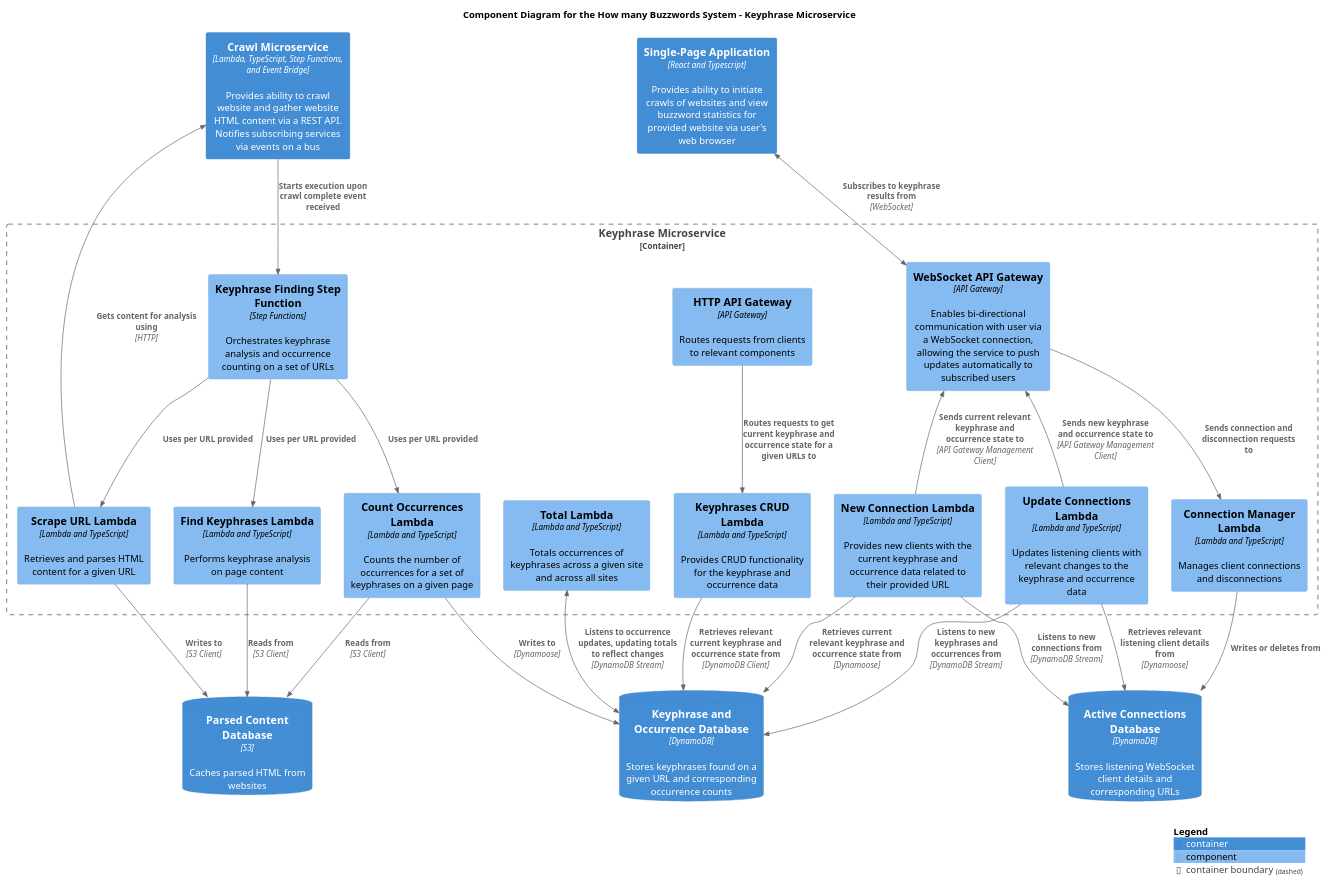
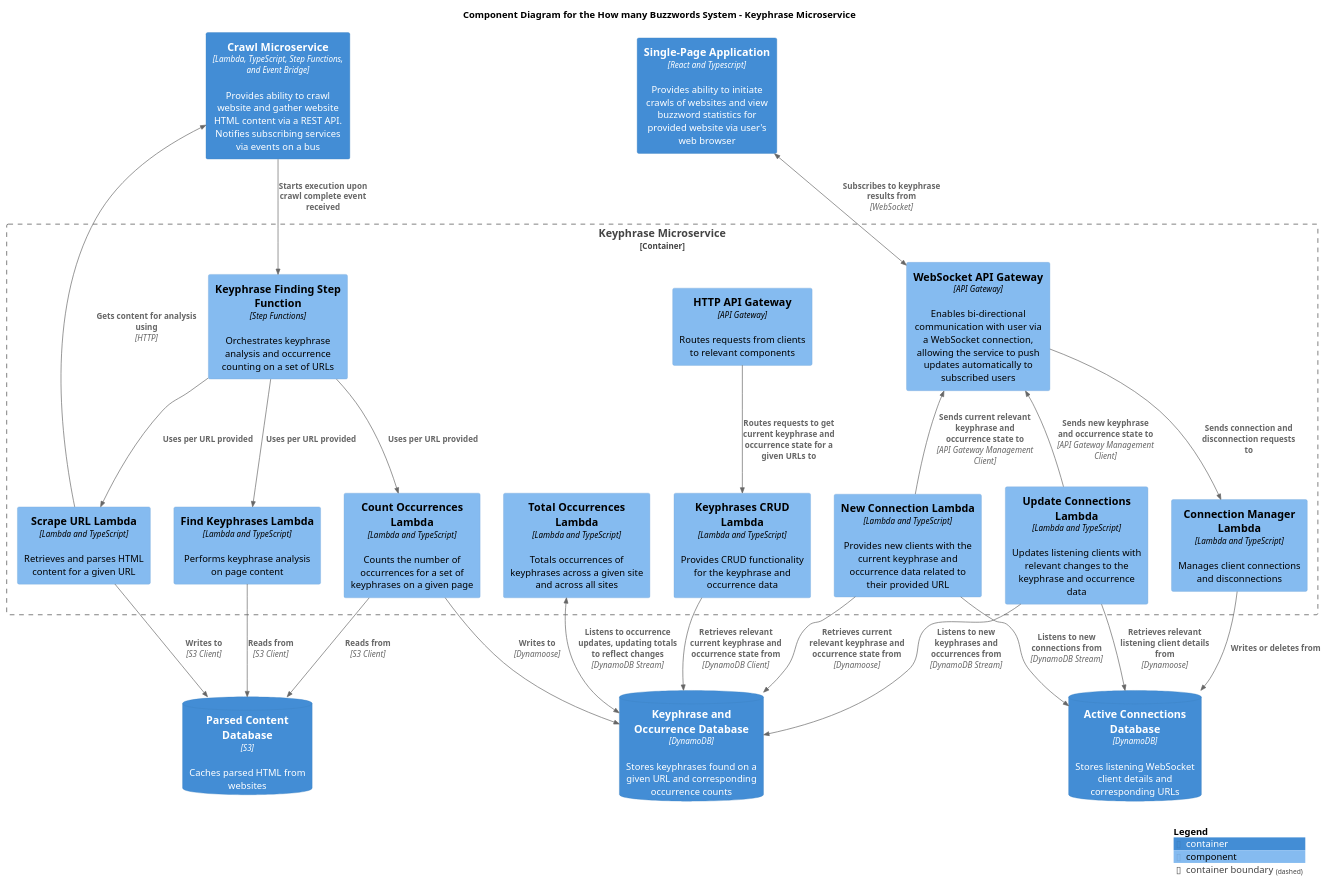
One commit to ashley-evans/how-many-buzzwords changed the diagram in docs/c4-diagrams/buzzword-c4-component-keyphrase-microservice.puml. Above: the diagram before and after it, drawn with PlantUML.

Commit message:
Update keyphrase service compone diagram to match total lambda name with code

```diff
--- a/docs/c4-diagrams/buzzword-c4-component-keyphrase-microservice.puml
+++ b/docs/c4-diagrams/buzzword-c4-component-keyphrase-microservice.puml
@@ -1,67 +1,67 @@
 @startuml Buzzword C4 Component Diagram
 
 !include https://raw.githubusercontent.com/plantuml-stdlib/C4-PlantUML/master/C4_Component.puml
 
 title Component Diagram for the How many Buzzwords System - Keyphrase Microservice
 
 Container(single_page_application, "Single-Page Application", "React and Typescript", $descr="Provides ability to initiate crawls of websites and view buzzword statistics for provided website via user's web browser")
 Container(crawl_microservice, "Crawl Microservice", "Lambda, TypeScript, Step Functions, and Event Bridge", $descr="Provides ability to crawl website and gather website HTML content via a REST API. Notifies subscribing services via events on a bus")
 
 Container_Boundary(keyphrase_microservice_boundary, "Keyphrase Microservice") {
     Component(http_api_gateway, "HTTP API Gateway", "API Gateway", "Routes requests from clients to relevant components")
     Component(ws_api_gateway, "WebSocket API Gateway", "API Gateway", "Enables bi-directional communication with user via a WebSocket connection, allowing the service to push updates automatically to subscribed users")
     Component(step_function, "Keyphrase Finding Step Function", "Step Functions", "Orchestrates keyphrase analysis and occurrence counting on a set of URLs")
     Component(scrape_url_lambda, "Scrape URL Lambda", "Lambda and TypeScript", "Retrieves and parses HTML content for a given URL")
     Component(find_keyphrases_lambda, "Find Keyphrases Lambda", "Lambda and TypeScript", "Performs keyphrase analysis on page content")
     Component(count_occurrences_lambda, "Count Occurrences Lambda", "Lambda and TypeScript", "Counts the number of occurrences for a set of keyphrases on a given page")
     Component(crud_lambda, "Keyphrases CRUD Lambda", "Lambda and TypeScript", "Provides CRUD functionality for the keyphrase and occurrence data")
-    Component(total_lambda, "Total Lambda", "Lambda and TypeScript", "Totals occurrences of keyphrases across a given site and across all sites")
+    Component(total_occurrences_lambda, "Total Occurrences Lambda", "Lambda and TypeScript", "Totals occurrences of keyphrases across a given site and across all sites")
     Component(update_connections_lambda, "Update Connections Lambda", "Lambda and TypeScript", "Updates listening clients with relevant changes to the keyphrase and occurrence data")
     Component(new_connection_lambda, "New Connection Lambda", "Lambda and TypeScript", "Provides new clients with the current keyphrase and occurrence data related to their provided URL")
     Component(connection_manager_lambda, "Connection Manager Lambda", "Lambda and TypeScript", "Manages client connections and disconnections")
 }
 
 ContainerDb(keyphrase_db, "Keyphrase and Occurrence Database", "DynamoDB", "Stores keyphrases found on a given URL and corresponding occurrence counts")
 ContainerDb(active_connections_db, "Active Connections Database", "DynamoDB", "Stores listening WebSocket client details and corresponding URLs")
 ContainerDb(parsed_content_db, "Parsed Content Database", "S3", "Caches parsed HTML from websites")
 
 Rel(http_api_gateway, crud_lambda, "Routes requests to get current keyphrase and occurrence state for a given URLs to")
 
 Rel(crud_lambda, keyphrase_db, "Retrieves relevant current keyphrase and occurrence state from", "DynamoDB Client")
 
 BiRel_D(single_page_application, ws_api_gateway, "Subscribes to keyphrase results from", "WebSocket")
 
 Rel_D(ws_api_gateway, connection_manager_lambda, "Sends connection and disconnection requests to")
 
 Rel(connection_manager_lambda, active_connections_db, "Writes or deletes from")
 
 Rel(new_connection_lambda, active_connections_db, "Listens to new connections from", "DynamoDB Stream")
 Rel(new_connection_lambda, keyphrase_db, "Retrieves current relevant keyphrase and occurrence state from", "Dynamoose")
 Rel_U(new_connection_lambda, ws_api_gateway, "Sends current relevant keyphrase and occurrence state to",  "API Gateway Management Client")
 
 Rel(crawl_microservice, step_function, "Starts execution upon crawl complete event received")
 
 Rel(step_function, scrape_url_lambda, "Uses per URL provided")
 Rel(step_function, find_keyphrases_lambda, "Uses per URL provided")
 Rel(step_function, count_occurrences_lambda, "Uses per URL provided")
 
 Rel(scrape_url_lambda, crawl_microservice, "Gets content for analysis using", "HTTP")
 Rel(scrape_url_lambda, parsed_content_db, "Writes to", "S3 Client")
 
 Rel(find_keyphrases_lambda, parsed_content_db, "Reads from", "S3 Client")
 
 Rel(count_occurrences_lambda, keyphrase_db, "Writes to", "Dynamoose")
 Rel(count_occurrences_lambda, parsed_content_db, "Reads from", "S3 Client")
 
 Rel(update_connections_lambda, keyphrase_db, "Listens to new keyphrases and occurrences from", "DynamoDB Stream")
 Rel(update_connections_lambda, active_connections_db, "Retrieves relevant listening client details from", "Dynamoose")
 Rel_U(update_connections_lambda, ws_api_gateway, "Sends new keyphrase and occurrence state to", "API Gateway Management Client")
 
-BiRel(total_lambda, keyphrase_db, "Listens to occurrence updates, updating totals to reflect changes", "DynamoDB Stream")
+BiRel(total_occurrences_lambda, keyphrase_db, "Listens to occurrence updates, updating totals to reflect changes", "DynamoDB Stream")
 
 Lay_L(single_page_application, crawl_microservice)
-Lay_R(total_lambda, crud_lambda)
+Lay_R(total_occurrences_lambda, crud_lambda)
 
 SHOW_LEGEND()
 
 @enduml
```
